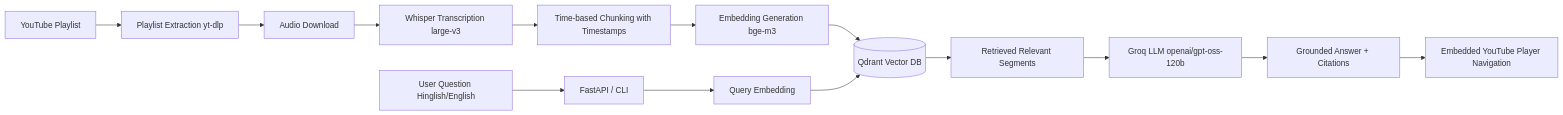
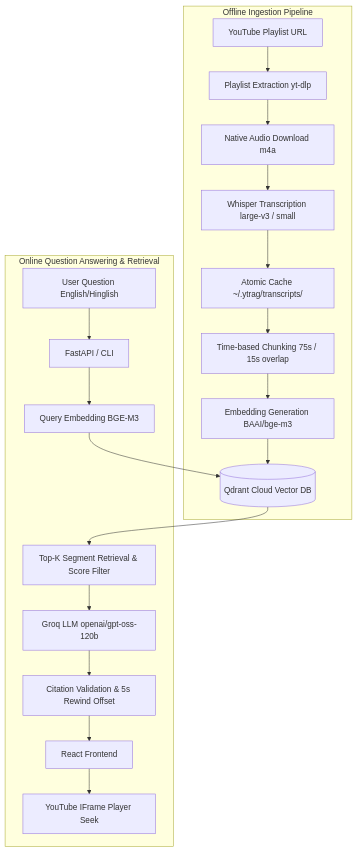
The diagram in README.md (govindkh04/vidsage), drawn with Mermaid before and after one commit. The commit also changed other lines of this file, not shown here.

Commit message:
docs: finalize comprehensive production README and architecture diagrams

````diff
--- a/README.md
+++ b/README.md
@@ -19,16 +19,23 @@
 ```mermaid
-flowchart LR
-    A[YouTube Playlist] --> B[Playlist Extraction yt-dlp]
-    B --> C[Audio Download]
-    C --> D[Whisper Transcription large-v3]
-    D --> E[Time-based Chunking with Timestamps]
-    E --> F[Embedding Generation bge-m3]
-    F --> G[(Qdrant Vector DB)]
-    H[User Question Hinglish/English] --> I[FastAPI / CLI]
-    I --> J[Query Embedding]
-    J --> G
-    G --> K[Retrieved Relevant Segments]
-    K --> L[Groq LLM openai/gpt-oss-120b]
-    L --> M[Grounded Answer + Citations]
-    M --> N[Embedded YouTube Player Navigation]
+flowchart TD
+    subgraph Offline_Ingestion["Offline Ingestion Pipeline"]
+        A[YouTube Playlist URL] --> B[Playlist Extraction yt-dlp]
+        B --> C[Native Audio Download m4a]
+        C --> D[Whisper Transcription large-v3 / small]
+        D --> E[Atomic Cache ~/.ytrag/transcripts/]
+        E --> F[Time-based Chunking 75s / 15s overlap]
+        F --> G[Embedding Generation BAAI/bge-m3]
+        G --> H[(Qdrant Cloud Vector DB)]
+    end
+
+    subgraph Online_Serving["Online Question Answering & Retrieval"]
+        I[User Question English/Hinglish] --> J[FastAPI / CLI]
+        J --> K[Query Embedding BGE-M3]
+        K --> H
+        H --> L[Top-K Segment Retrieval & Score Filter]
+        L --> M[Groq LLM openai/gpt-oss-120b]
+        M --> N[Citation Validation & 5s Rewind Offset]
+        N --> O[React Frontend]
+        O --> P[YouTube IFrame Player Seek]
+    end
 ```
````
